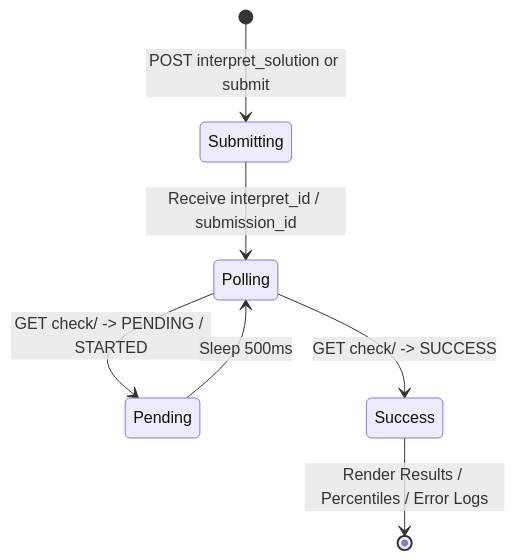
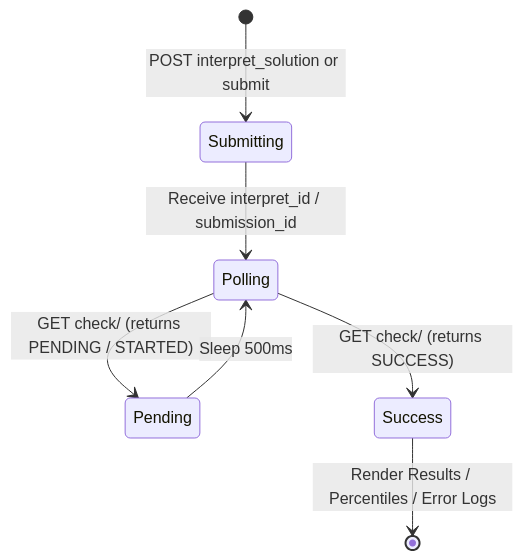
The diagram in docs/docs/architecture/submission-engine.md (meghakj4/leetrs), drawn with Mermaid before and after one commit. The commit also changed 7 other files, not shown here.

First line of the commit message:
docs: update documentation, add architectural decision records, and project assets

````diff
--- a/docs/docs/architecture/submission-engine.md
+++ b/docs/docs/architecture/submission-engine.md
@@ -15,9 +15,9 @@
 ```mermaid
 stateDiagram-v2
     [*] --> Submitting: POST interpret_solution or submit
     Submitting --> Polling: Receive interpret_id / submission_id
-    Polling --> Pending: GET check/ -> PENDING / STARTED
+    Polling --> Pending: GET check/ (returns PENDING / STARTED)
     Pending --> Polling: Sleep 500ms
-    Polling --> Success: GET check/ -> SUCCESS
+    Polling --> Success: GET check/ (returns SUCCESS)
     Success --> [*]: Render Results / Percentiles / Error Logs
 ```
````
